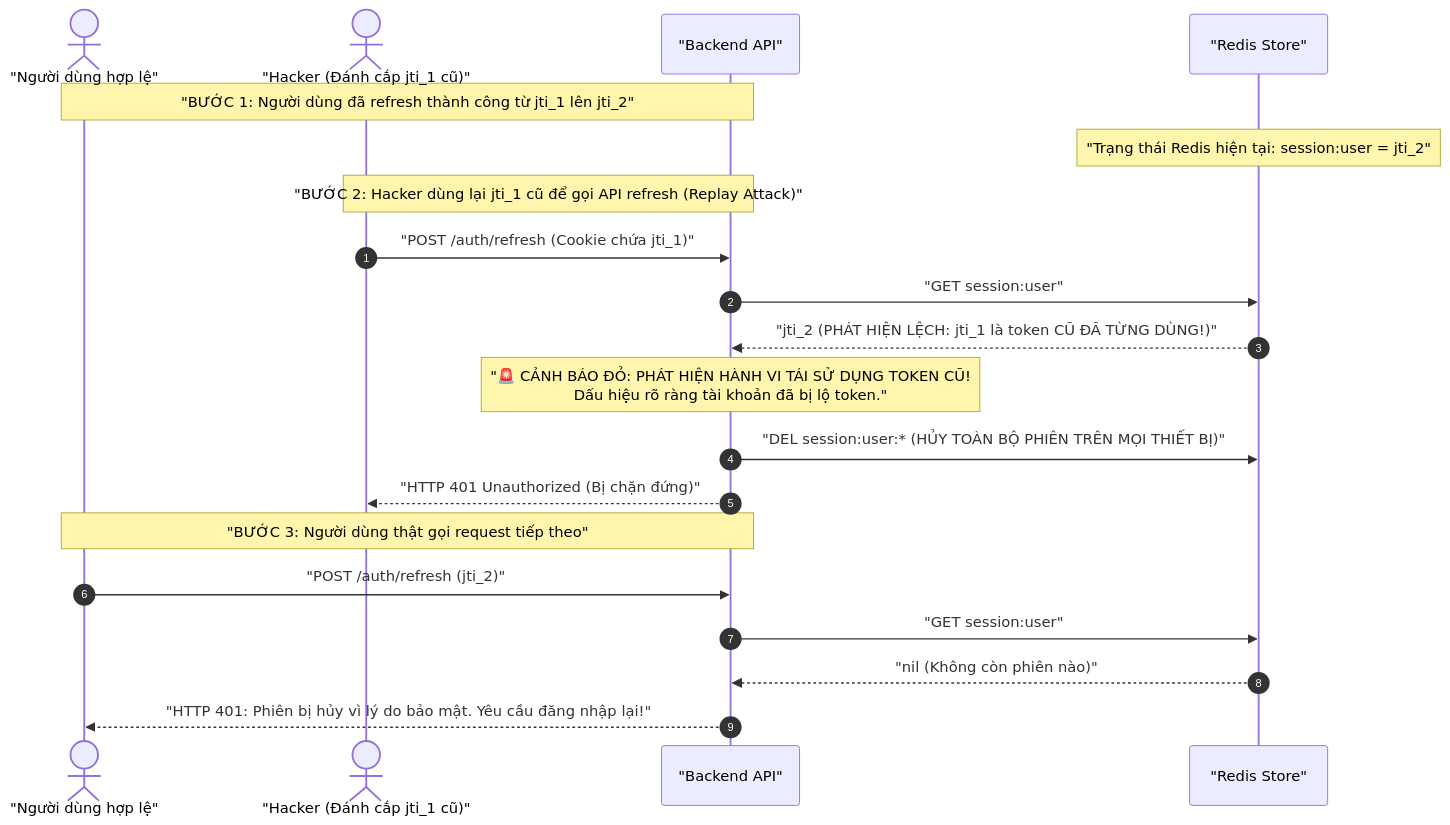
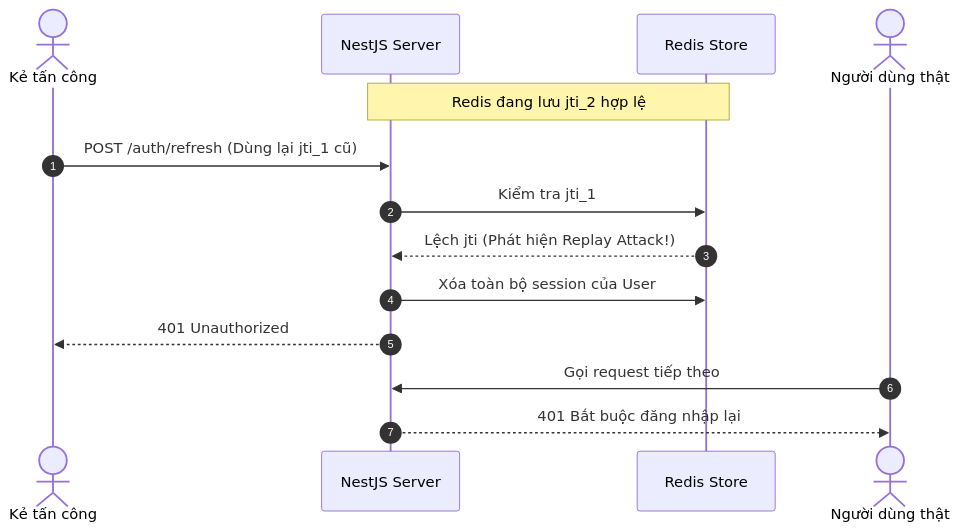
One commit to hydragon2m/docs changed the third of 3 diagrams in Tranning/Bài 01 - Authentication & Session Management/01. Lý thuyết/04. Kiến trúc Lai Production (Dual Token, Redis & JTI Rotation).md. Above: the diagram before and after it, drawn with Mermaid. The commit also changed other lines of this file and 15 other files, not shown here.

````diff
--- a/Tranning/Bài 01 - Authentication & Session Management/01. Lý thuyết/04. Kiến trúc Lai Production (Dual Token, Redis & JTI Rotation).md
+++ b/Tranning/Bài 01 - Authentication & Session Management/01. Lý thuyết/04. Kiến trúc Lai Production (Dual Token, Redis & JTI Rotation).md
@@ -66,27 +46,17 @@
 ```mermaid
 sequenceDiagram
     autonumber
-    actor User as "Người dùng hợp lệ"
-    actor Hacker as "Hacker (Đánh cắp jti_1 cũ)"
-    participant API as "Backend API"
-    participant Redis as "Redis Store"
+    actor Hacker as Kẻ tấn công
+    participant API as NestJS Server
+    participant Redis as Redis Store
+    actor User as Người dùng thật
 
-    Note over User,API: "BƯỚC 1: Người dùng đã refresh thành công từ jti_1 lên jti_2"
-    Note over Redis: "Trạng thái Redis hiện tại: session:user = jti_2"
-
-    Note over Hacker,API: "BƯỚC 2: Hacker dùng lại jti_1 cũ để gọi API refresh (Replay Attack)"
-    Hacker->>API: "POST /auth/refresh (Cookie chứa jti_1)"
-    API->>Redis: "GET session:user"
-    Redis-->>API: "jti_2 (PHÁT HIỆN LỆCH: jti_1 là token CŨ ĐÃ TỪNG DÙNG!)"
-
-    Note over API: "🚨 CẢNH BÁO ĐỎ: PHÁT HIỆN HÀNH VI TÁI SỬ DỤNG TOKEN CŨ!<br/>Dấu hiệu rõ ràng tài khoản đã bị lộ token."
-
-    API->>Redis: "DEL session:user:* (HỦY TOÀN BỘ PHIÊN TRÊN MỌI THIẾT BỊ)"
-    API-->>Hacker: "HTTP 401 Unauthorized (Bị chặn đứng)"
-    
-    Note over User,API: "BƯỚC 3: Người dùng thật gọi request tiếp theo"
-    User->>API: "POST /auth/refresh (jti_2)"
-    API->>Redis: "GET session:user"
-    Redis-->>API: "nil (Không còn phiên nào)"
-    API-->>User: "HTTP 401: Phiên bị hủy vì lý do bảo mật. Yêu cầu đăng nhập lại!"
+    Note over API,Redis: Redis đang lưu jti_2 hợp lệ
+    Hacker->>API: POST /auth/refresh (Dùng lại jti_1 cũ)
+    API->>Redis: Kiểm tra jti_1
+    Redis-->>API: Lệch jti (Phát hiện Replay Attack!)
+    API->>Redis: Xóa toàn bộ session của User
+    API-->>Hacker: 401 Unauthorized
+    User->>API: Gọi request tiếp theo
+    API-->>User: 401 Bắt buộc đăng nhập lại
 ```
````
